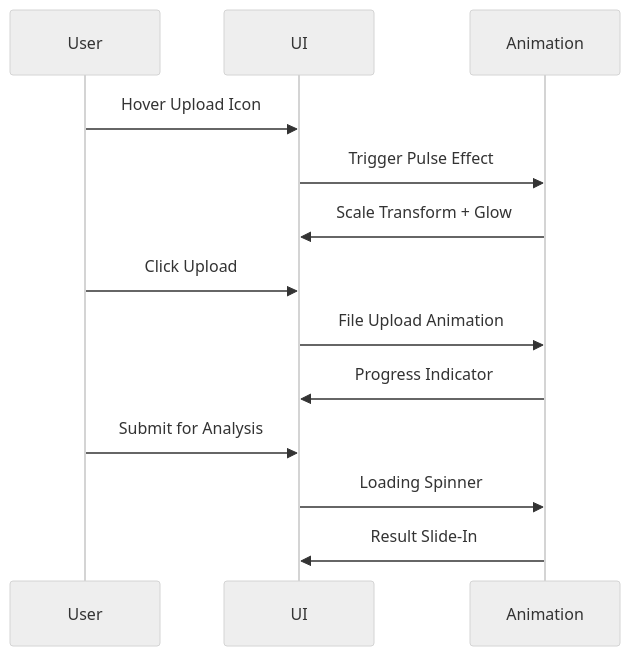
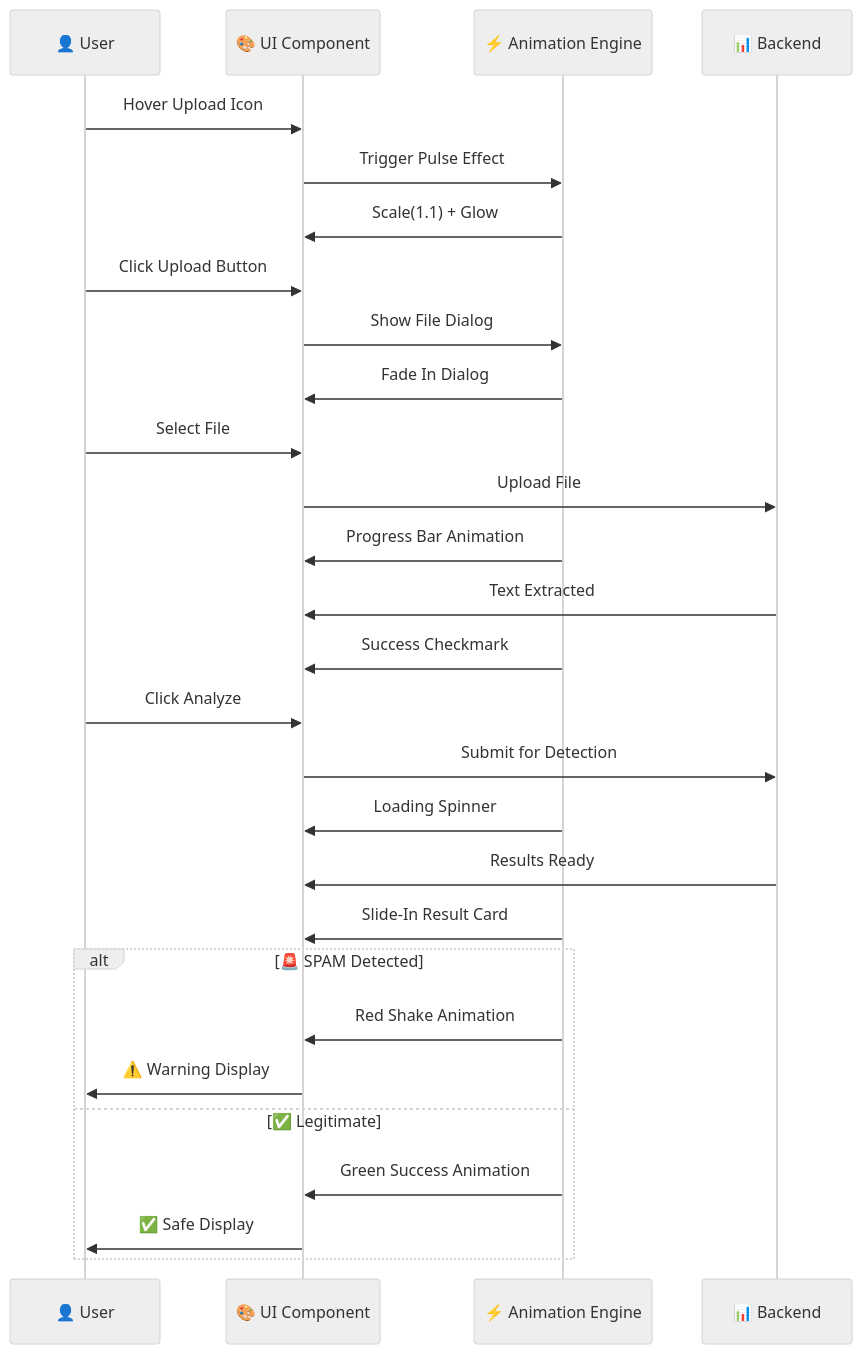
Before and after one commit to ubvc04/Spam-Detection: diagram 16 of 20 in README.md, drawn with Mermaid (neutral theme). The commit also changed other lines of this file and 3 other files, not shown here.

````diff
--- a/README.md
+++ b/README.md
@@ -646,18 +1426,35 @@
 ```mermaid
 sequenceDiagram
-    participant User
-    participant UI
-    participant Animation
+    participant 👤 User
+    participant 🎨 UI Component
+    participant ⚡ Animation Engine
+    participant 📊 Backend
     
-    User->>UI: Hover Upload Icon
-    UI->>Animation: Trigger Pulse Effect
-    Animation->>UI: Scale Transform + Glow
+    👤 User->>🎨 UI Component: Hover Upload Icon
+    🎨 UI Component->>⚡ Animation Engine: Trigger Pulse Effect
+    ⚡ Animation Engine->>🎨 UI Component: Scale(1.1) + Glow
     
-    User->>UI: Click Upload
-    UI->>Animation: File Upload Animation
-    Animation->>UI: Progress Indicator
+    👤 User->>🎨 UI Component: Click Upload Button
+    🎨 UI Component->>⚡ Animation Engine: Show File Dialog
+    ⚡ Animation Engine->>🎨 UI Component: Fade In Dialog
     
-    User->>UI: Submit for Analysis
-    UI->>Animation: Loading Spinner
-    Animation->>UI: Result Slide-In
+    👤 User->>🎨 UI Component: Select File
+    🎨 UI Component->>📊 Backend: Upload File
+    ⚡ Animation Engine->>🎨 UI Component: Progress Bar Animation
+    📊 Backend->>🎨 UI Component: Text Extracted
+    ⚡ Animation Engine->>🎨 UI Component: Success Checkmark
+    
+    👤 User->>🎨 UI Component: Click Analyze
+    🎨 UI Component->>📊 Backend: Submit for Detection
+    ⚡ Animation Engine->>🎨 UI Component: Loading Spinner
+    📊 Backend->>🎨 UI Component: Results Ready
+    ⚡ Animation Engine->>🎨 UI Component: Slide-In Result Card
+    
+    alt 🚨 SPAM Detected
+        ⚡ Animation Engine->>🎨 UI Component: Red Shake Animation
+        🎨 UI Component->>👤 User: ⚠️ Warning Display
+    else ✅ Legitimate
+        ⚡ Animation Engine->>🎨 UI Component: Green Success Animation
+        🎨 UI Component->>👤 User: ✅ Safe Display
+    end
 ```
````
